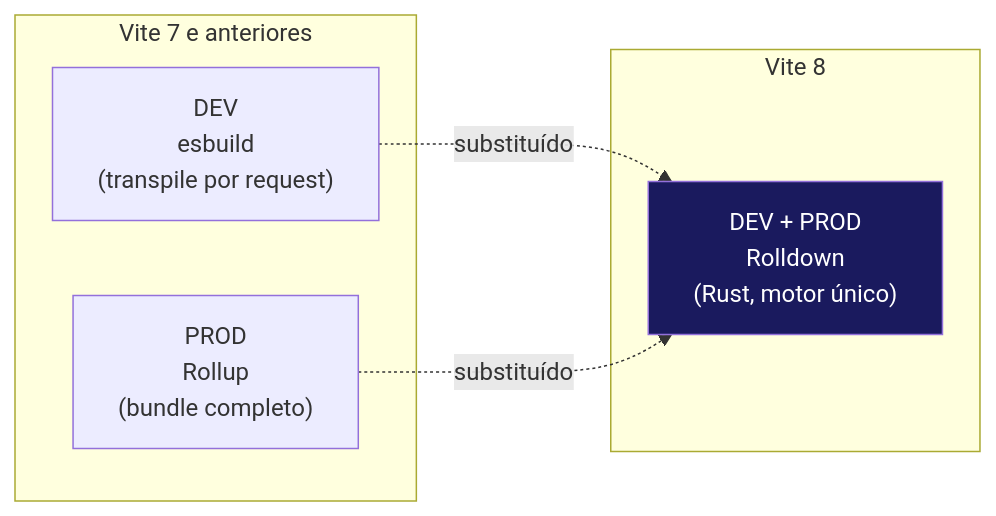
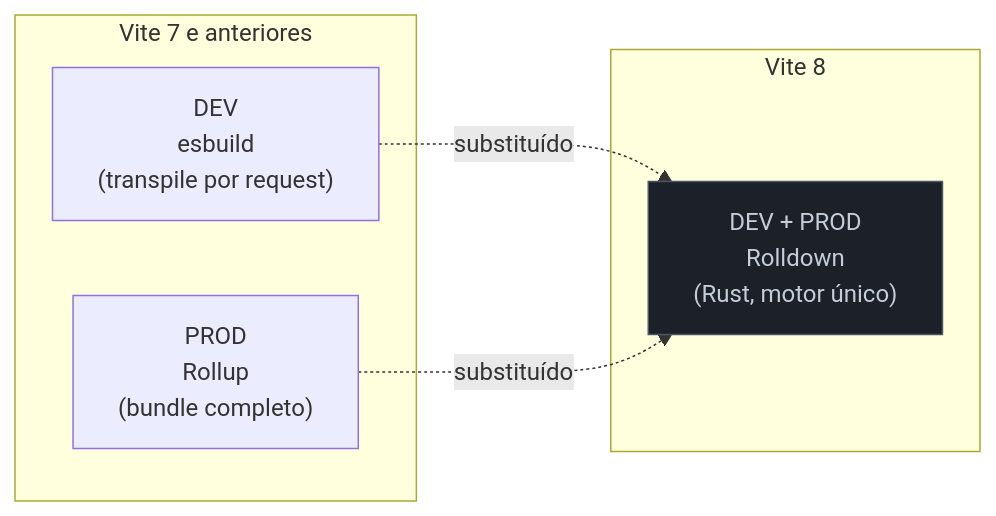
The fifth of 11 diagrams in 03-Dominios/Tecnologia/Tooling e Build/14 - Rollup, esbuild e Rolldown.md (josenaldo/codex-technomanticus), drawn with Mermaid before and after one commit. The commit also changed other lines of this file and 1181 other files, not shown here.

First line of the commit message:
fix(diagramas): paleta do sistema no lugar de cor cravada no markdown

````diff
--- a/03-Dominios/Tecnologia/Tooling e Build/14 - Rollup, esbuild e Rolldown.md
+++ b/03-Dominios/Tecnologia/Tooling e Build/14 - Rollup, esbuild e Rolldown.md
@@ -406,15 +410,16 @@
 ```mermaid
 flowchart LR
+    classDef neutro fill:#1B2029,stroke:#4E5666,color:#C6CCD8
     subgraph "Vite 7 e anteriores"
         V7DEV["DEV\nesbuild\n(transpile por request)"]
         V7PROD["PROD\nRollup\n(bundle completo)"]
     end
     subgraph "Vite 8"
         V8ALL["DEV + PROD\nRolldown\n(Rust, motor único)"]
     end
 
     V7DEV -.->|"substituído"| V8ALL
     V7PROD -.->|"substituído"| V8ALL
 
-    style V8ALL fill:#1a1a5e,color:#fff
+    class V8ALL neutro
 ```
````
